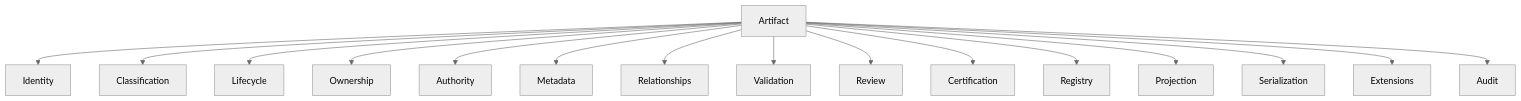
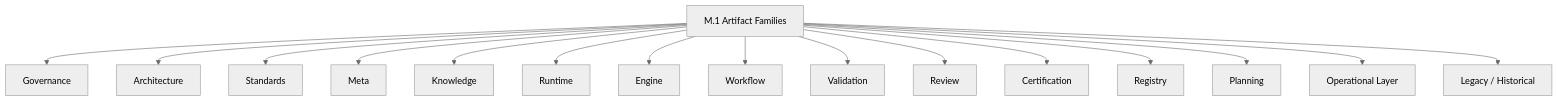
One commit to doallon/forge-ai changed the fourth of 13 diagrams in docs/AI/Meta/M.1-Artifact-Meta-Model.md. Above: the diagram before and after it, drawn with Mermaid (neutral theme). The commit also changed other lines of this file, not shown here.

Commit message:
Align M.1 artifact meta model

````diff
--- a/docs/AI/Meta/M.1-Artifact-Meta-Model.md
+++ b/docs/AI/Meta/M.1-Artifact-Meta-Model.md
@@ -743,19 +222,18 @@
 ```mermaid
 graph TD
-    Artifact["Artifact"]
-    Artifact --> Identity["Identity"]
-    Artifact --> Classification["Classification"]
-    Artifact --> Lifecycle["Lifecycle"]
-    Artifact --> Ownership["Ownership"]
-    Artifact --> Authority["Authority"]
-    Artifact --> Metadata["Metadata"]
-    Artifact --> Relationships["Relationships"]
-    Artifact --> Validation["Validation"]
-    Artifact --> Review["Review"]
-    Artifact --> Certification["Certification"]
-    Artifact --> Registry["Registry"]
-    Artifact --> Projection["Projection"]
-    Artifact --> Serialization["Serialization"]
-    Artifact --> Extensions["Extensions"]
-    Artifact --> Audit["Audit"]
+    M1["M.1 Artifact Families"] --> GOV["Governance"]
+    M1 --> ARCH["Architecture"]
+    M1 --> STD["Standards"]
+    M1 --> META["Meta"]
+    M1 --> KNOW["Knowledge"]
+    M1 --> RUN["Runtime"]
+    M1 --> ENG["Engine"]
+    M1 --> WF["Workflow"]
+    M1 --> VAL["Validation"]
+    M1 --> REV["Review"]
+    M1 --> CERT["Certification"]
+    M1 --> REG["Registry"]
+    M1 --> PLAN["Planning"]
+    M1 --> OPS["Operational Layer"]
+    M1 --> LEG["Legacy / Historical"]
 ```
````
